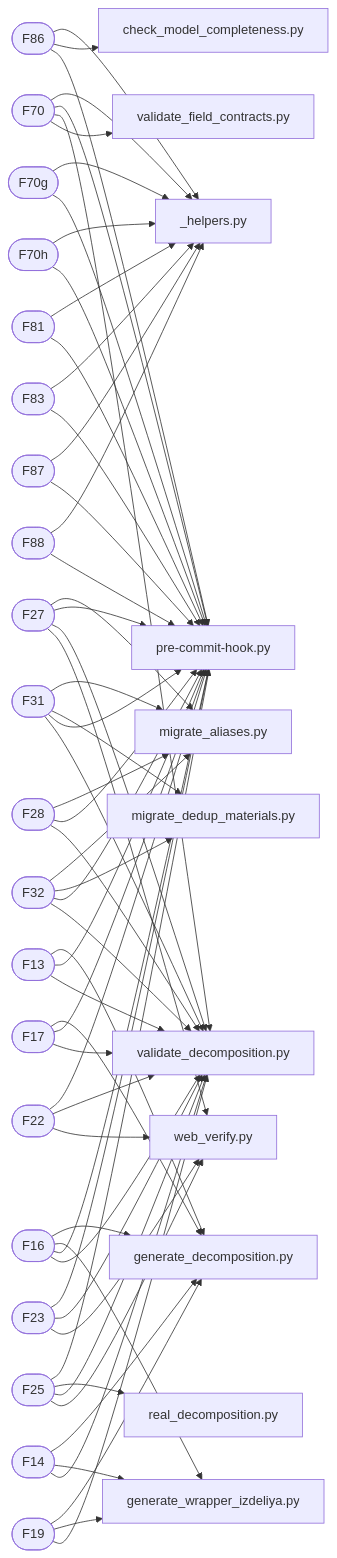
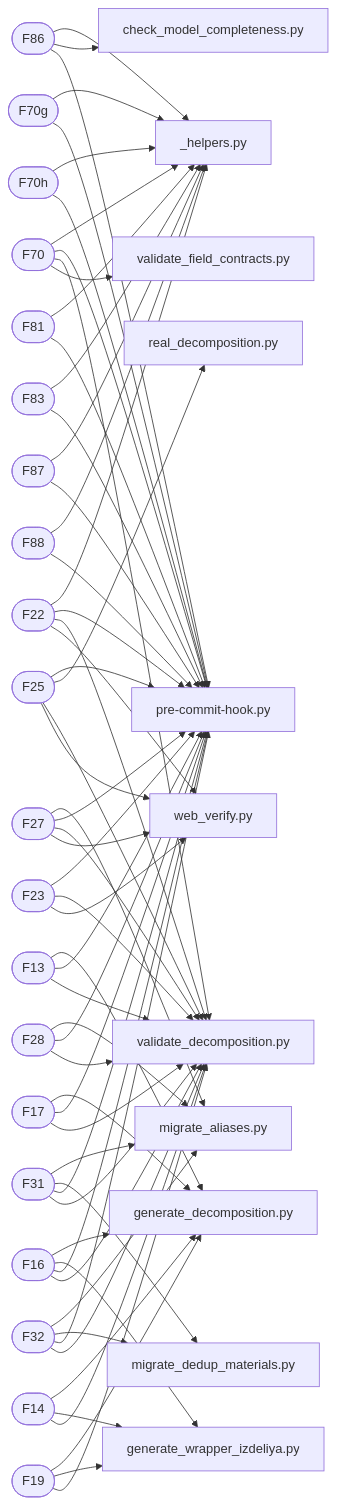
Before and after one commit to a-m-e-n-t-e-t/SkyNet: the diagram in graphs/mermaid/graph3_traceability.md, drawn with Mermaid. The commit also changed other lines of this file and 54 other files, not shown here.

````diff
--- a/graphs/mermaid/graph3_traceability.md
+++ b/graphs/mermaid/graph3_traceability.md
@@ -3,5 +3,14 @@
 ```mermaid
 graph LR
+    F22([F22])
+    script__helpers_py[_helpers.py]
+    F22 --> script__helpers_py
+    script_pre-commit-hook_py[pre-commit-hook.py]
+    F22 --> script_pre-commit-hook_py
+    script_validate_decomposition_py[validate_decomposition.py]
+    F22 --> script_validate_decomposition_py
+    script_web_verify_py[web_verify.py]
+    F22 --> script_web_verify_py
     F70([F70])
     script__helpers_py[_helpers.py]
     F70 --> script__helpers_py
@@ -98,13 +107,6 @@
     F28 --> script_pre-commit-hook_py
     script_validate_decomposition_py[validate_decomposition.py]
     F28 --> script_validate_decomposition_py
-    F22([F22])
-    script_pre-commit-hook_py[pre-commit-hook.py]
-    F22 --> script_pre-commit-hook_py
-    script_validate_decomposition_py[validate_decomposition.py]
-    F22 --> script_validate_decomposition_py
-    script_web_verify_py[web_verify.py]
-    F22 --> script_web_verify_py
     F23([F23])
     script_pre-commit-hook_py[pre-commit-hook.py]
     F23 --> script_pre-commit-hook_py
````
